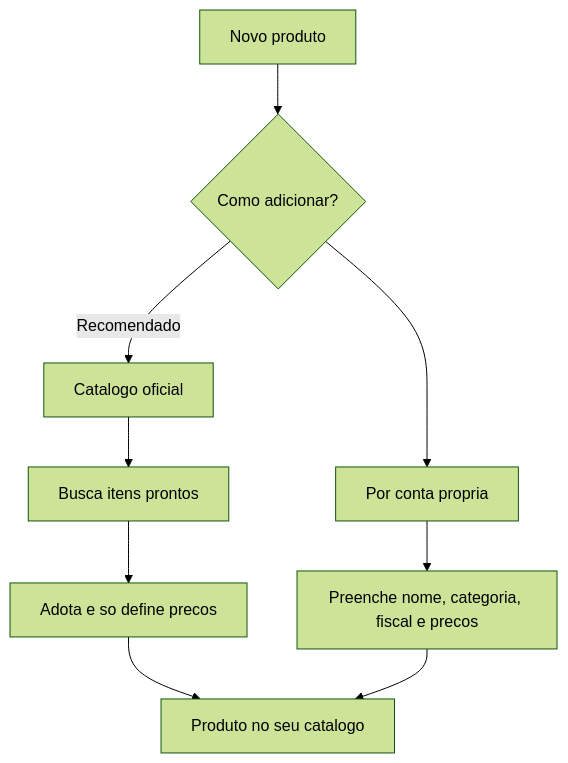
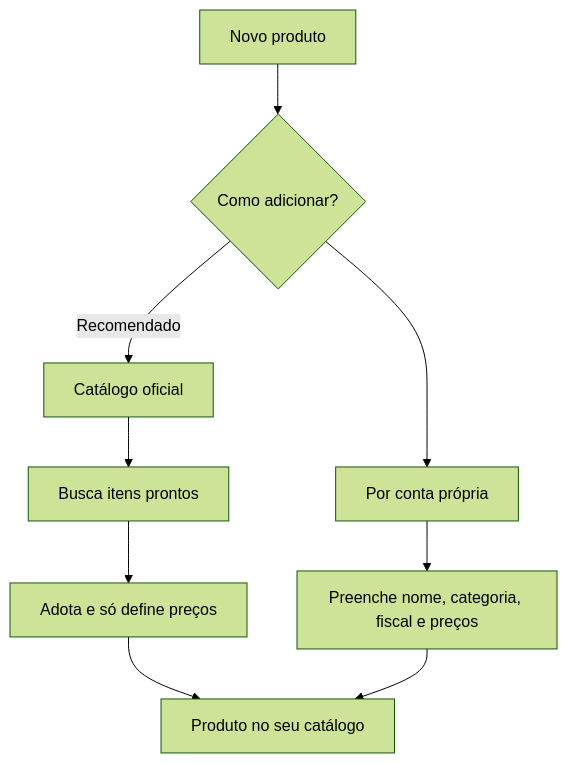
Before and after one commit to LocFlowTeam/locflow-docs: the diagram in cadastros/catalogo-produtos.md, drawn with Mermaid (forest theme). The commit also changed other lines of this file and 18 other files, not shown here.

````diff
--- a/cadastros/catalogo-produtos.md
+++ b/cadastros/catalogo-produtos.md
@@ -18,10 +18,10 @@
 ```mermaid
 flowchart TD
     N[Novo produto] --> P{Como adicionar?}
-    P -->|Recomendado| C[Catalogo oficial]
-    P --> M[Por conta propria]
-    C --> CB[Busca itens prontos] --> AD[Adota e so define precos]
-    M --> MA[Preenche nome, categoria, fiscal e precos]
-    AD --> F[Produto no seu catalogo]
+    P -->|Recomendado| C[Catálogo oficial]
+    P --> M[Por conta própria]
+    C --> CB[Busca itens prontos] --> AD[Adota e só define preços]
+    M --> MA[Preenche nome, categoria, fiscal e preços]
+    AD --> F[Produto no seu catálogo]
     MA --> F
 ```
````
